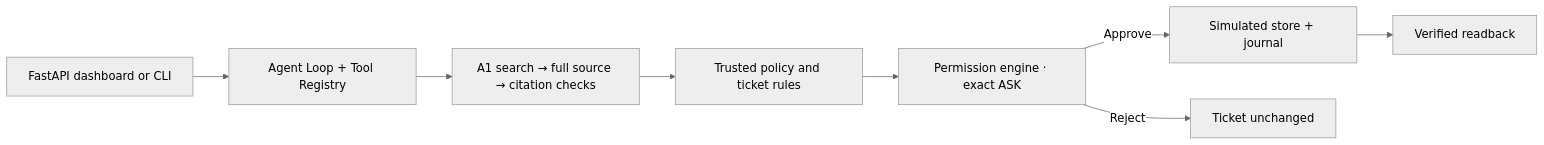
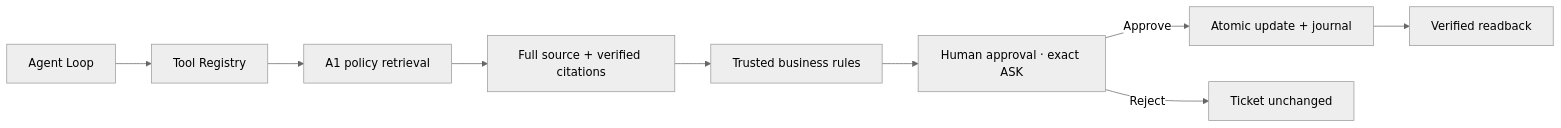
Before and after one commit to ylii0950-png/agent-harness-portfolio: the diagram in README.md, drawn with Mermaid (neutral theme). The commit also changed other lines of this file and 1 other file, not shown here.

Commit message:
Showcase the real FastAPI portfolio demo

````diff
--- a/README.md
+++ b/README.md
@@ -25,10 +22,11 @@
 ```mermaid
 flowchart LR
-  UI["FastAPI dashboard or CLI"] --> Agent["Agent Loop + Tool Registry"]
-  Agent --> Evidence["A1 search → full source → citation checks"]
-  Evidence --> Rules["Trusted policy and ticket rules"]
-  Rules --> ASK["Permission engine · exact ASK"]
-  ASK -->|Approve| Store["Simulated store + journal"]
+  Agent["Agent Loop"] --> Tools["Tool Registry"]
+  Tools --> RAG["A1 policy retrieval"]
+  RAG --> Evidence["Full source + verified citations"]
+  Evidence --> Rules["Trusted business rules"]
+  Rules --> ASK["Human approval · exact ASK"]
+  ASK -->|Approve| Store["Atomic update + journal"]
   Store --> Readback["Verified readback"]
   ASK -->|Reject| State["Ticket unchanged"]
 ```
````
